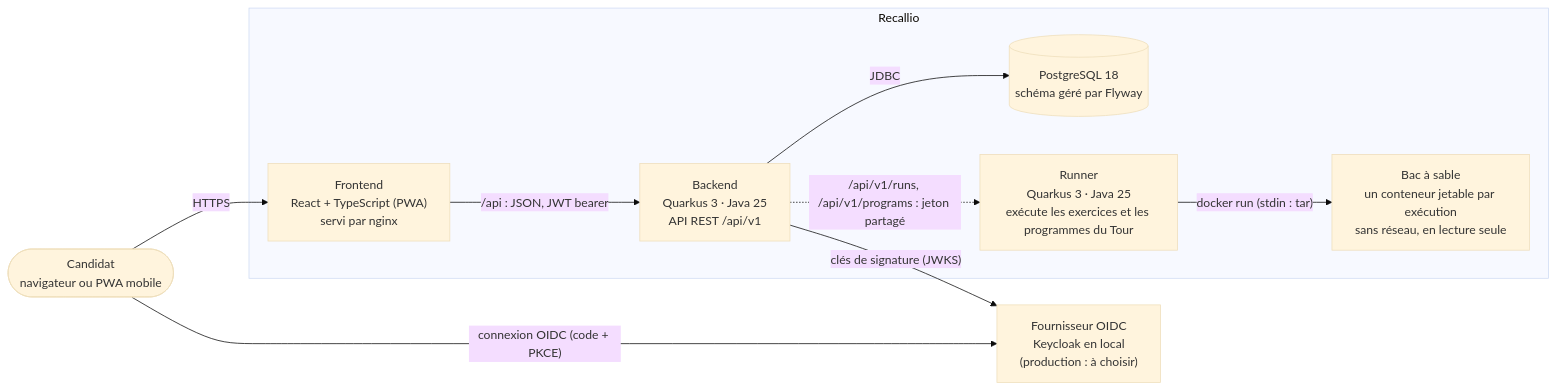
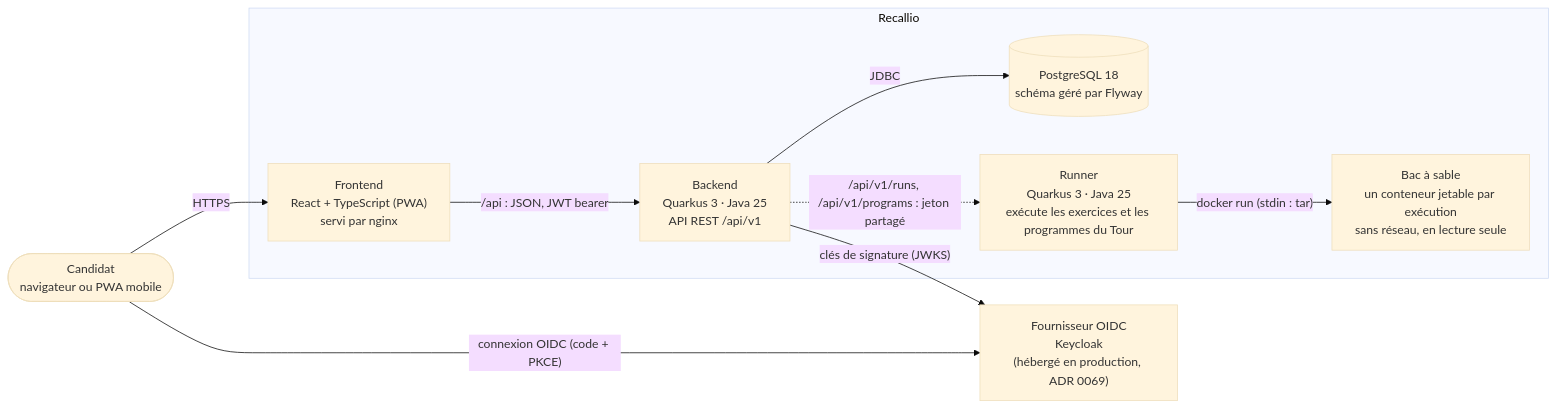
One commit to potichacha/recallio changed the first of 8 diagrams in docs/architecture.md. Above: the diagram before and after it, drawn with Mermaid (base theme). The commit also changed other lines of this file and 19 other files, not shown here.

````diff
--- a/docs/architecture.md
+++ b/docs/architecture.md
@@ -8,22 +8,22 @@
 ```mermaid
 flowchart LR
     user([Candidat<br/>navigateur ou PWA mobile])
 
     subgraph recallio [Recallio]
         front["Frontend<br/>React + TypeScript (PWA)<br/>servi par nginx"]
         back["Backend<br/>Quarkus 3 · Java 25<br/>API REST /api/v1"]
         db[("PostgreSQL 18<br/>schéma géré par Flyway")]
         runner["Runner<br/>Quarkus 3 · Java 25<br/>exécute les exercices et les programmes du Tour"]
         sandbox["Bac à sable<br/>un conteneur jetable par exécution<br/>sans réseau, en lecture seule"]
     end
 
-    idp["Fournisseur OIDC<br/>Keycloak en local<br/>(production : à choisir)"]
+    idp["Fournisseur OIDC<br/>Keycloak<br/>(hébergé en production, ADR 0069)"]
 
     user -- HTTPS --> front
     user -- "connexion OIDC (code + PKCE)" --> idp
     front -- "/api : JSON, JWT bearer" --> back
     back -- JDBC --> db
     back -- "clés de signature (JWKS)" --> idp
     back -. "/api/v1/runs, /api/v1/programs : jeton partagé" .-> runner
     runner -- "docker run (stdin : tar)" --> sandbox
 ```
````
